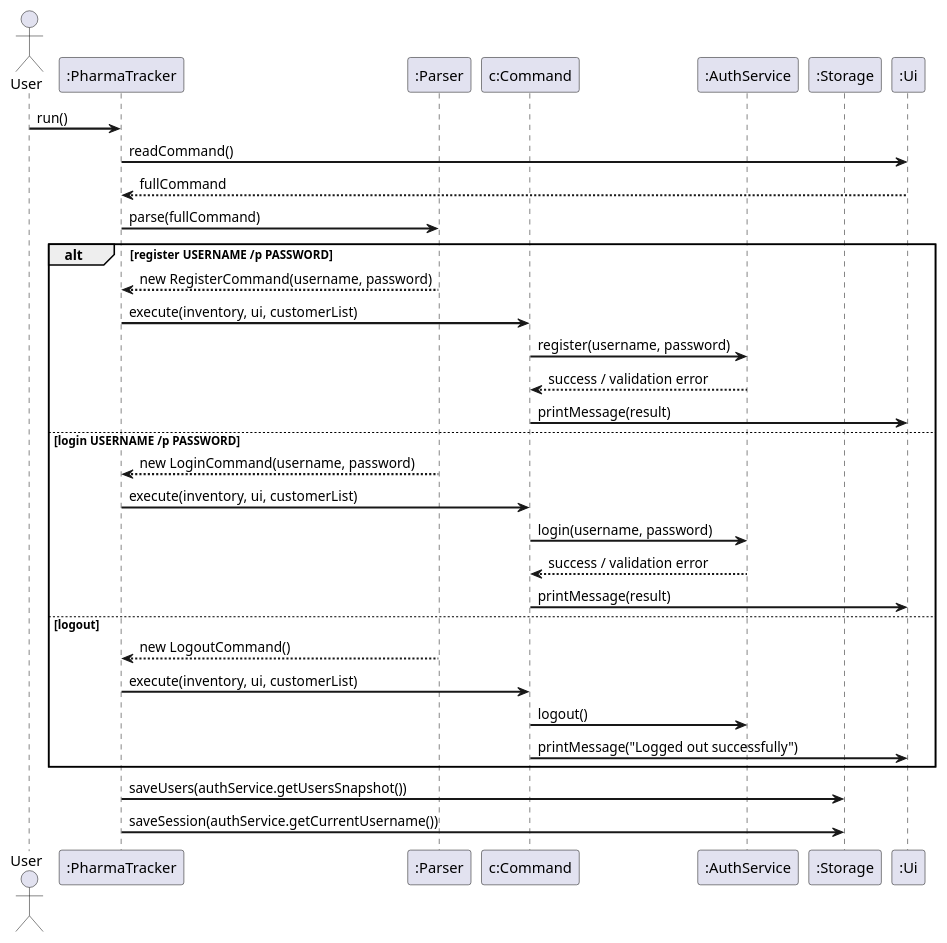
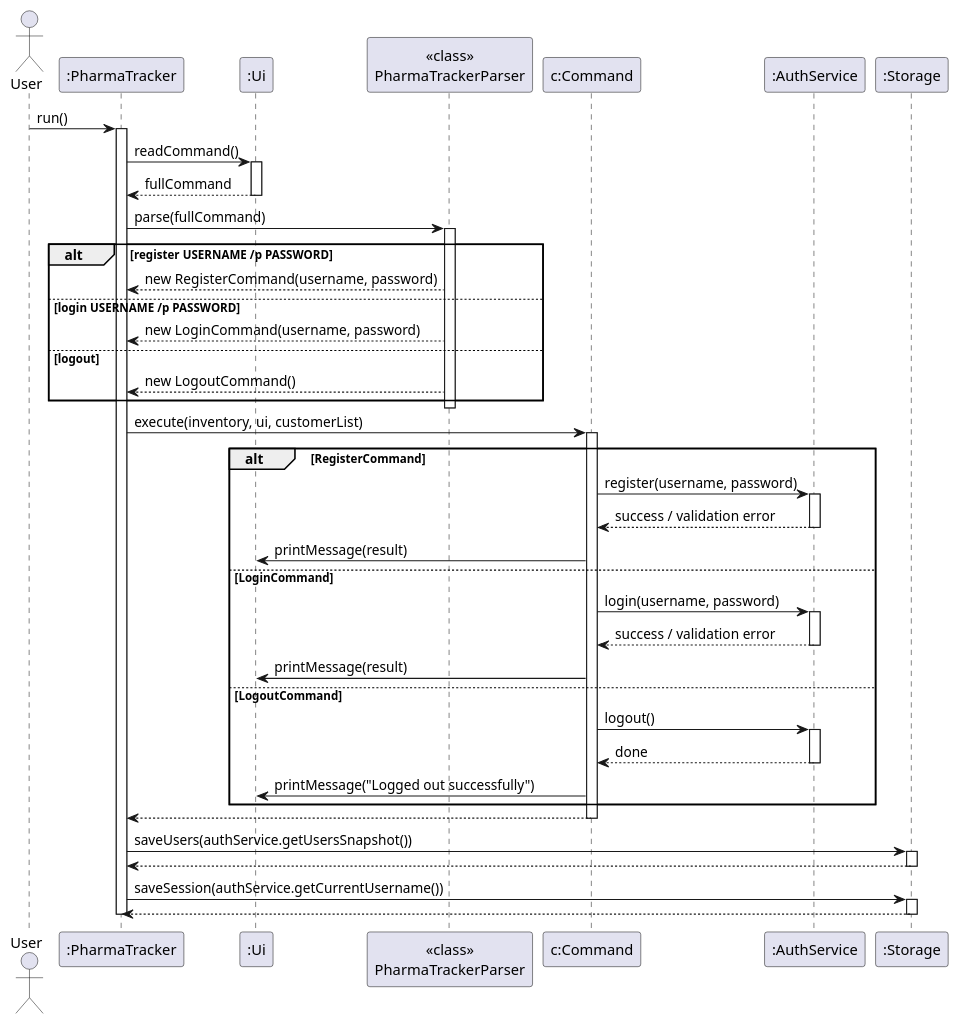
One commit to AY2526S2-CS2113-T10-3/tp changed the diagram in docs/diagrams/AuthenticationSequence.puml. Above: the diagram before and after it, drawn with PlantUML. The commit also changed 19 other files, not shown here.

```diff
--- a/docs/diagrams/AuthenticationSequence.puml
+++ b/docs/diagrams/AuthenticationSequence.puml
@@ -1,39 +1,69 @@
 @startuml
-skinparam backgroundColor white
-skinparam sequenceArrowThickness 2
+skinparam ArrowFontStyle plain
 
 actor User
 participant ":PharmaTracker" as PT
-participant ":Parser" as Parser
+participant ":Ui" as Ui
+participant "<<class>>\nPharmaTrackerParser" as Parser
 participant "c:Command" as Cmd
 participant ":AuthService" as Auth
 participant ":Storage" as Storage
-participant ":Ui" as Ui
 
 User -> PT : run()
+activate PT
+
 PT -> Ui : readCommand()
+activate Ui
 Ui --> PT : fullCommand
+deactivate Ui
+
 PT -> Parser : parse(fullCommand)
+activate Parser
 
 alt register USERNAME /p PASSWORD
     Parser --> PT : new RegisterCommand(username, password)
-    PT -> Cmd : execute(inventory, ui, customerList)
-    Cmd -> Auth : register(username, password)
-    Auth --> Cmd : success / validation error
-    Cmd -> Ui : printMessage(result)
 else login USERNAME /p PASSWORD
     Parser --> PT : new LoginCommand(username, password)
-    PT -> Cmd : execute(inventory, ui, customerList)
-    Cmd -> Auth : login(username, password)
-    Auth --> Cmd : success / validation error
-    Cmd -> Ui : printMessage(result)
 else logout
     Parser --> PT : new LogoutCommand()
-    PT -> Cmd : execute(inventory, ui, customerList)
+end
+deactivate Parser
+
+PT -> Cmd : execute(inventory, ui, customerList)
+activate Cmd
+
+alt RegisterCommand
+    Cmd -> Auth : register(username, password)
+    activate Auth
+    Auth --> Cmd : success / validation error
+    deactivate Auth
+    Cmd -> Ui : printMessage(result)
+else LoginCommand
+    Cmd -> Auth : login(username, password)
+    activate Auth
+    Auth --> Cmd : success / validation error
+    deactivate Auth
+    Cmd -> Ui : printMessage(result)
+else LogoutCommand
     Cmd -> Auth : logout()
+    activate Auth
+    Auth --> Cmd : done
+    deactivate Auth
     Cmd -> Ui : printMessage("Logged out successfully")
 end
 
+Cmd --> PT
+deactivate Cmd
+
 PT -> Storage : saveUsers(authService.getUsersSnapshot())
+activate Storage
+Storage --> PT
+deactivate Storage
+
 PT -> Storage : saveSession(authService.getCurrentUsername())
+activate Storage
+Storage --> PT
+deactivate Storage
+
+deactivate PT
 @enduml
```
